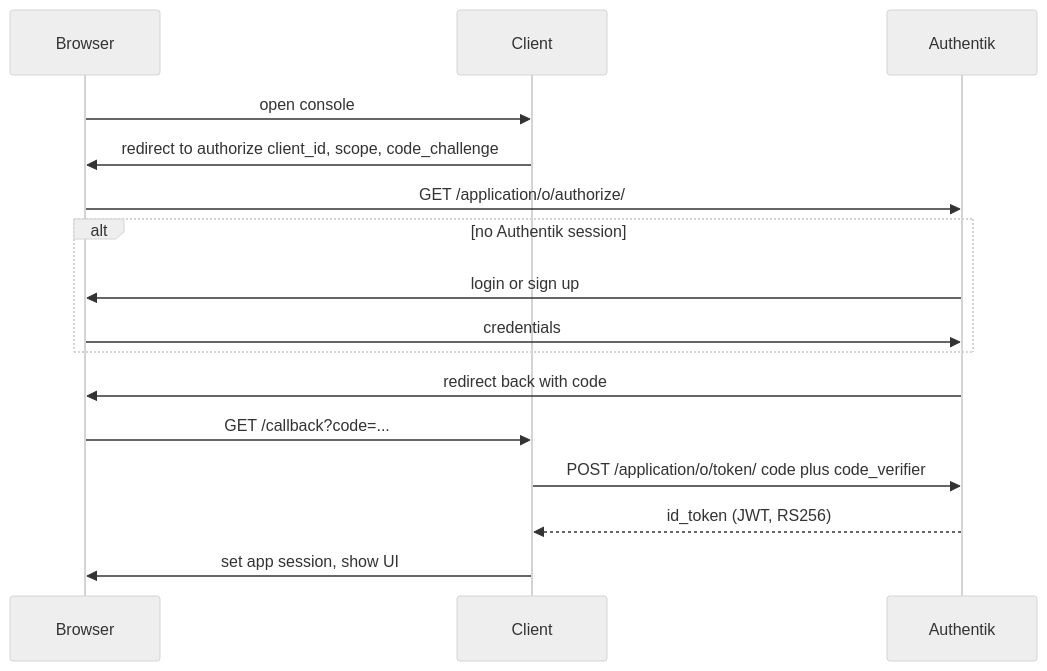
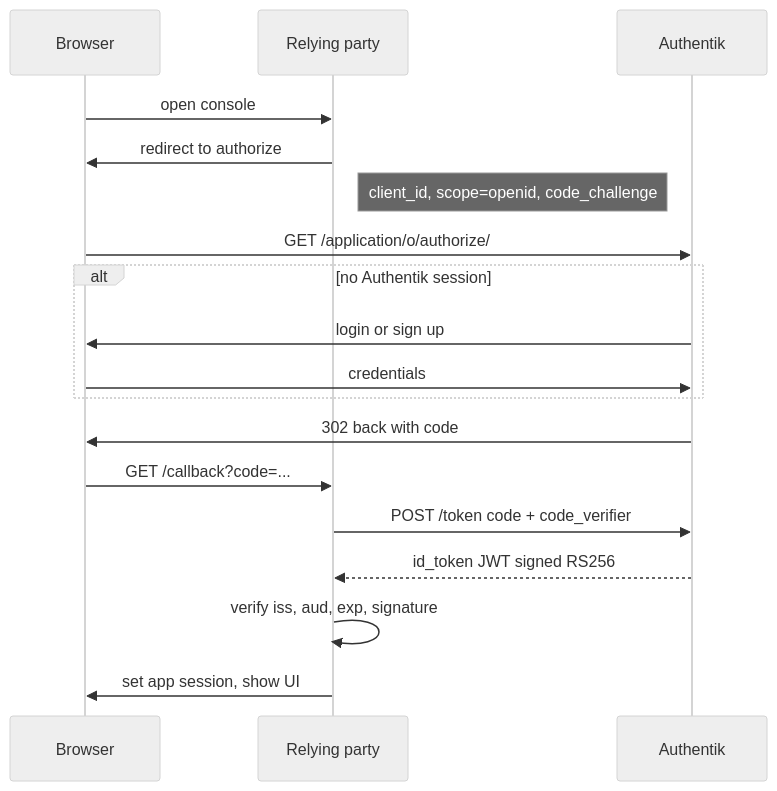
One commit to brenonaraujo/brenon.cloud changed the first of 2 diagrams in src/content/blog/authentik-sso-on-brenon-cloud.en.md. Above: the diagram before and after it, drawn with Mermaid (neutral theme). The commit also changed other lines of this file and 5 other files, not shown here.

````diff
--- a/src/content/blog/authentik-sso-on-brenon-cloud.en.md
+++ b/src/content/blog/authentik-sso-on-brenon-cloud.en.md
@@ -61,19 +97,21 @@
 ```mermaid
 sequenceDiagram
   participant U as Browser
-  participant App as Client
+  participant App as Relying party
   participant IdP as Authentik
 
   U->>App: open console
-  App->>U: redirect to authorize client_id, scope, code_challenge
+  App->>U: redirect to authorize
+  Note right of App: client_id, scope=openid, code_challenge
   U->>IdP: GET /application/o/authorize/
   alt no Authentik session
     IdP->>U: login or sign up
     U->>IdP: credentials
   end
-  IdP->>U: redirect back with code
+  IdP->>U: 302 back with code
   U->>App: GET /callback?code=...
-  App->>IdP: POST /application/o/token/ code plus code_verifier
-  IdP-->>App: id_token (JWT, RS256)
+  App->>IdP: POST /token code + code_verifier
+  IdP-->>App: id_token JWT signed RS256
+  App->>App: verify iss, aud, exp, signature
   App->>U: set app session, show UI
 ```
````
